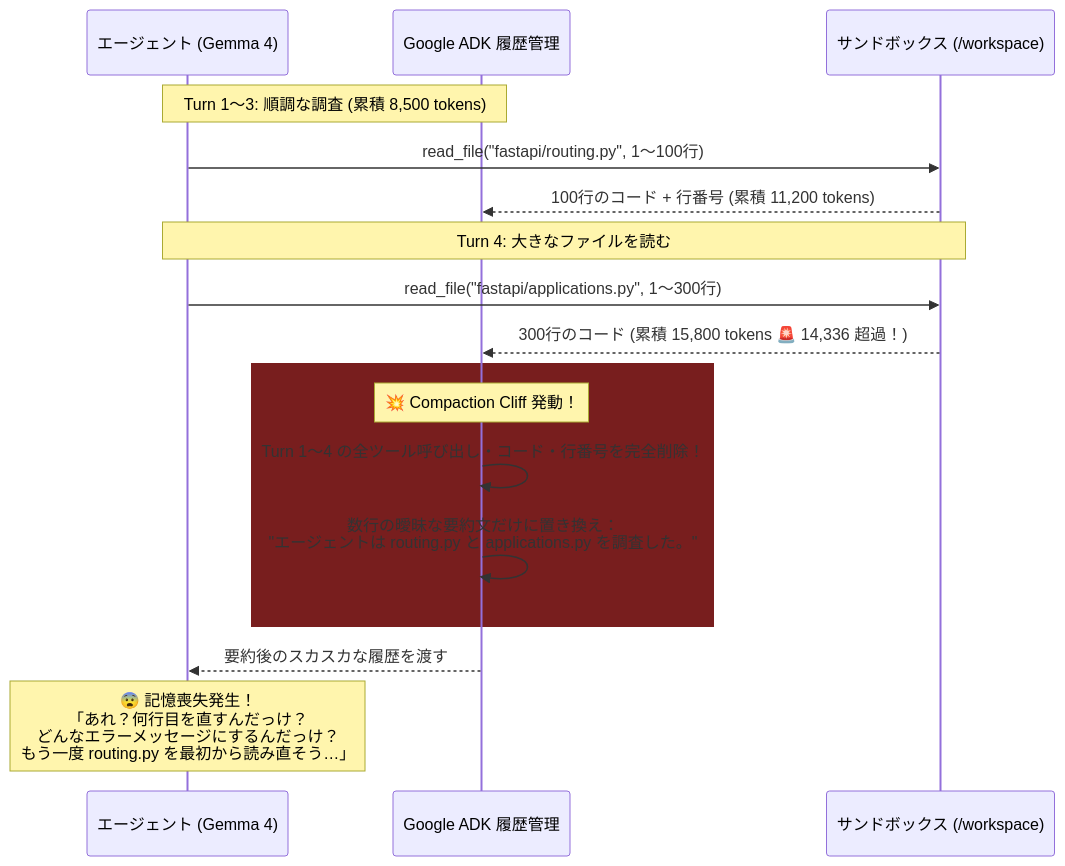
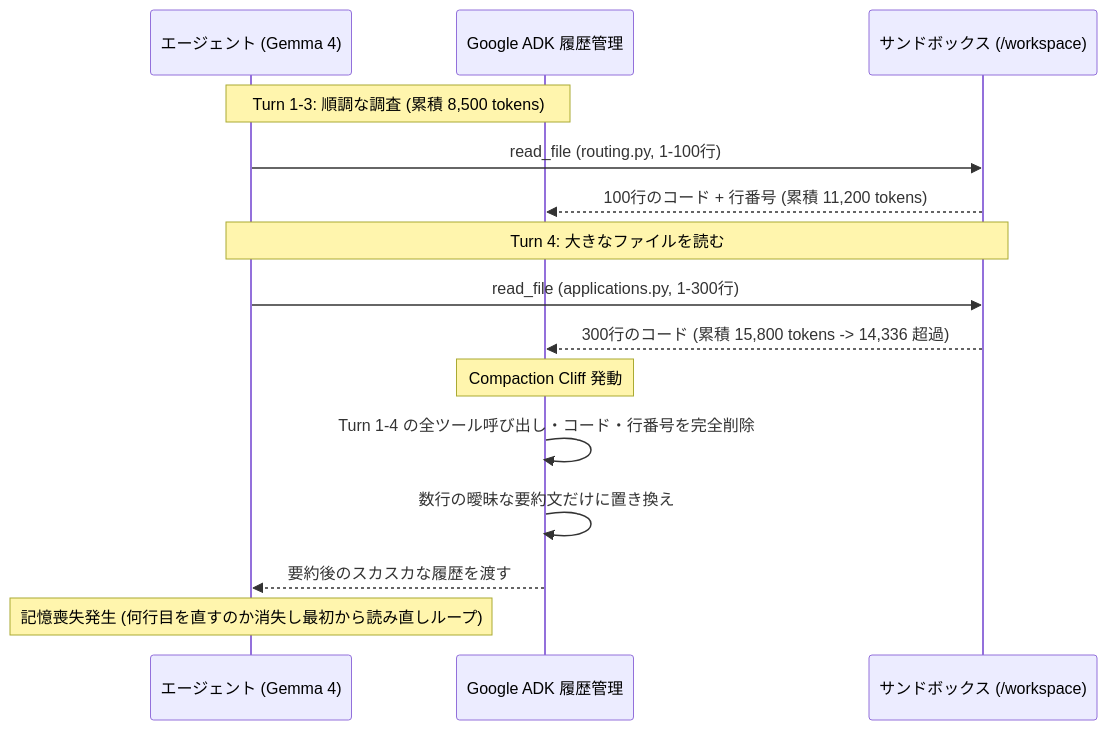
The second of 5 diagrams in docs/ARCHITECTURAL_PILLARS_AND_CONSTRAINTS.md (chiba244qq/gemma4-agent-dashboard), drawn with Mermaid before and after one commit. The commit also changed other lines of this file and 2 other files, not shown here.

Commit message:
fix: integrate Mermaid.js renderer in markdown modal and clean diagram syntax

````diff
--- a/docs/ARCHITECTURAL_PILLARS_AND_CONSTRAINTS.md
+++ b/docs/ARCHITECTURAL_PILLARS_AND_CONSTRAINTS.md
@@ -43,23 +43,21 @@
 ```mermaid
 sequenceDiagram
     participant A as エージェント (Gemma 4)
     participant ADK as Google ADK 履歴管理
     participant S as サンドボックス (/workspace)
 
-    Note over A,ADK: Turn 1〜3: 順調な調査 (累積 8,500 tokens)
-    A->>S: read_file("fastapi/routing.py", 1〜100行)
+    Note over A,ADK: Turn 1-3: 順調な調査 (累積 8,500 tokens)
+    A->>S: read_file (routing.py, 1-100行)
     S-->>ADK: 100行のコード + 行番号 (累積 11,200 tokens)
     
     Note over A,S: Turn 4: 大きなファイルを読む
-    A->>S: read_file("fastapi/applications.py", 1〜300行)
-    S-->>ADK: 300行のコード (累積 15,800 tokens 🚨 14,336 超過！)
+    A->>S: read_file (applications.py, 1-300行)
+    S-->>ADK: 300行のコード (累積 15,800 tokens -> 14,336 超過)
 
-    rect rgb(120, 30, 30)
-        Note over ADK: 💥 Compaction Cliff 発動！
-        ADK->>ADK: Turn 1〜4 の全ツール呼び出し・コード・行番号を完全削除！
-        ADK->>ADK: 数行の曖昧な要約文だけに置き換え：<br/>"エージェントは routing.py と applications.py を調査した。"
-    end
+    Note over ADK: Compaction Cliff 発動
+    ADK->>ADK: Turn 1-4 の全ツール呼び出し・コード・行番号を完全削除
+    ADK->>ADK: 数行の曖昧な要約文だけに置き換え
 
     ADK-->>A: 要約後のスカスカな履歴を渡す
-    Note over A: 😨 記憶喪失発生！<br/>「あれ？何行目を直すんだっけ？<br/>どんなエラーメッセージにするんだっけ？<br/>もう一度 routing.py を最初から読み直そう…」
+    Note over A: 記憶喪失発生 (何行目を直すのか消失し最初から読み直しループ)
 ```
````
